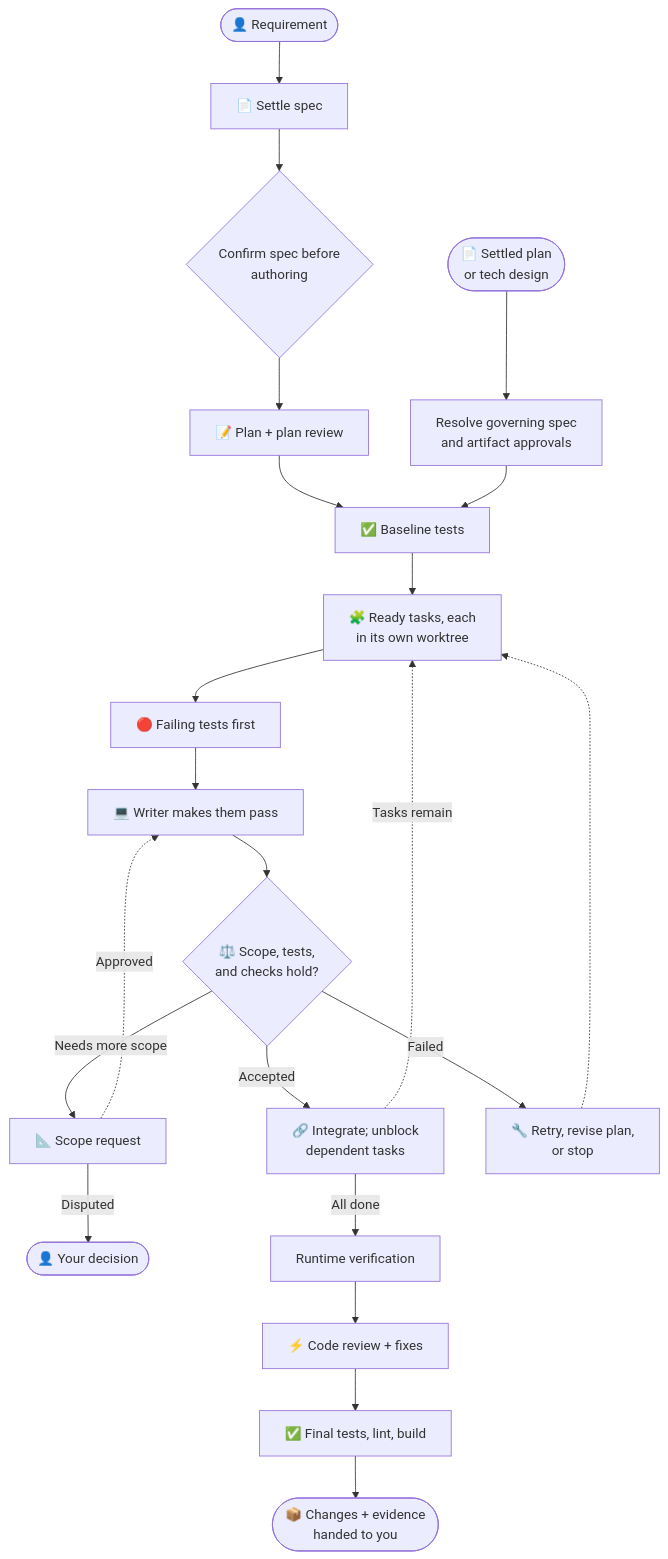
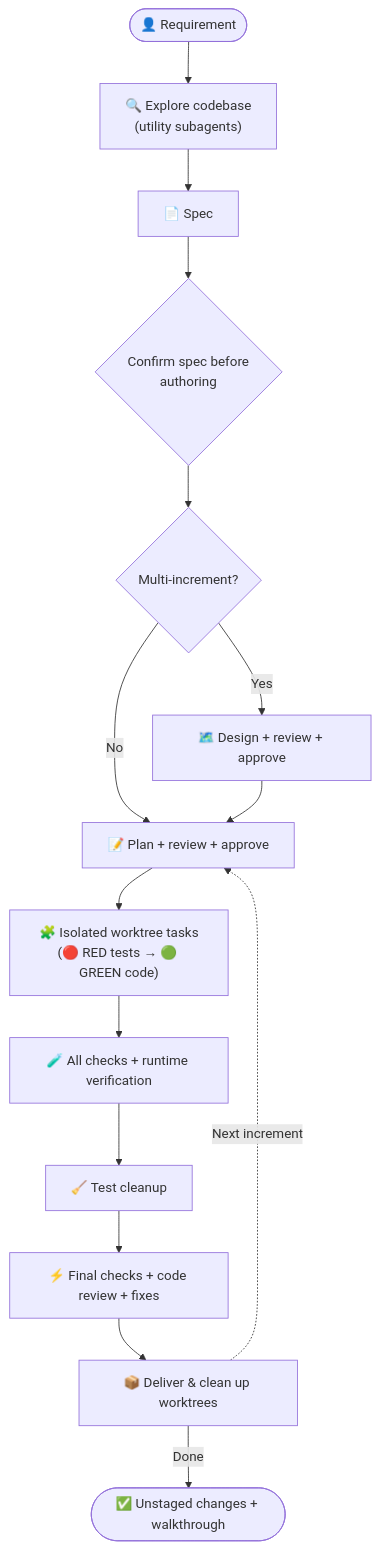
One commit to Gyunikuchan/dispatch-skills changed the diagram in skills/dispatch/references/readme/implement.md. Above: the diagram before and after it, drawn with Mermaid. The commit also changed other lines of this file and 10 other files, not shown here.

Commit message:
docs(dispatch): streamline user guides, diagrams, and sample config

````diff
--- a/skills/dispatch/references/readme/implement.md
+++ b/skills/dispatch/references/readme/implement.md
@@ -17,24 +18,17 @@
 ```mermaid
 flowchart TD
-    User(["👤 Requirement"]) --> Spec["📄 Settle spec"]
+    User(["👤 Requirement"]) --> Ground["🔍 Explore codebase<br/>(utility subagents)"]
+    Ground --> Spec["📄 Spec"]
     Spec --> SpecGate{"Confirm spec before<br/>authoring"}
-    SpecGate --> Plan["📝 Plan + plan review"]
-    Plan --> Baseline
-    Artifact(["📄 Settled plan<br/>or tech design"]) --> Resolve["Resolve governing spec<br/>and artifact approvals"]
-    Resolve --> Baseline["✅ Baseline tests"]
-    Baseline --> Tasks["🧩 Ready tasks, each<br/>in its own worktree"]
-    Tasks --> Red["🔴 Failing tests first"]
-    Red --> Green["💻 Writer makes them pass"]
-    Green --> Accept{"⚖️ Scope, tests,<br/>and checks hold?"}
-    Accept -->|Accepted| Integrate["🔗 Integrate; unblock<br/>dependent tasks"]
-    Accept -->|Needs more scope| Scope["📐 Scope request"]
-    Accept -->|Failed| Recover["🔧 Retry, revise plan,<br/>or stop"]
-    Scope -.->|Approved| Green
-    Scope -->|Disputed| Ask(["👤 Your decision"])
-    Recover -.-> Tasks
-    Integrate -.->|Tasks remain| Tasks
-    Integrate -->|All done| Runtime["Runtime verification"]
-    Runtime --> CodeReview["⚡ Code review + fixes"]
-    CodeReview --> Final["✅ Final tests, lint, build"]
-    Final --> Handoff(["📦 Changes + evidence<br/>handed to you"])
+    SpecGate --> ScopeCheck{"Multi-increment?"}
+    ScopeCheck -->|Yes| Design["🗺️ Design + review + approve"]
+    ScopeCheck -->|No| Plan
+    Design --> Plan["📝 Plan + review + approve"]
+    Plan --> Tasks["🧩 Isolated worktree tasks<br/>(🔴 RED tests → 🟢 GREEN code)"]
+    Tasks --> Verify["🧪 All checks + runtime verification"]
+    Verify --> Cleanup["🧹 Test cleanup"]
+    Cleanup --> Review["⚡ Final checks + code review + fixes"]
+    Review --> Deliver["📦 Deliver & clean up worktrees"]
+    Deliver -.->|Next increment| Plan
+    Deliver -->|Done| Handoff(["✅ Unstaged changes + walkthrough"])
 ```
````
